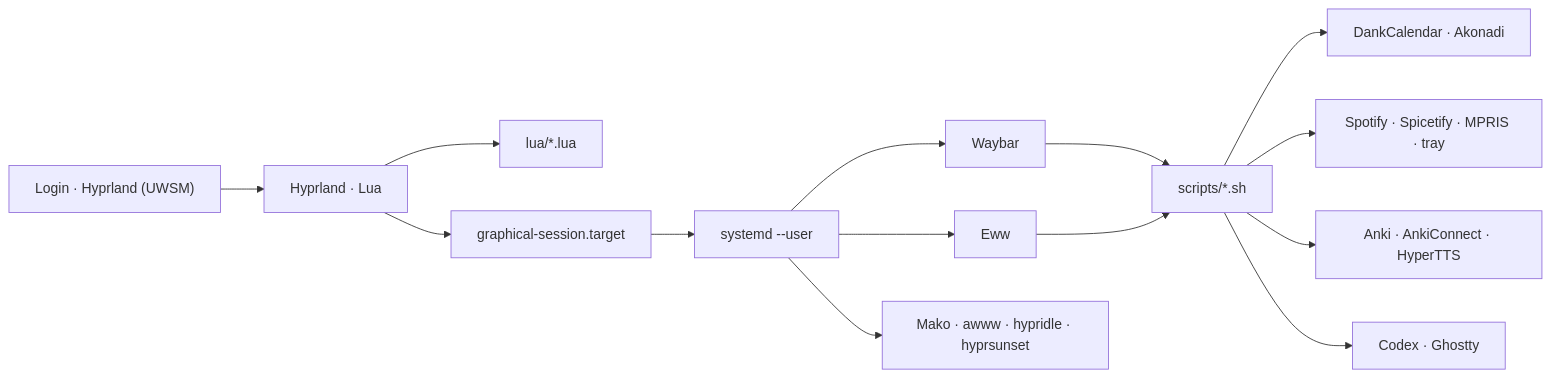
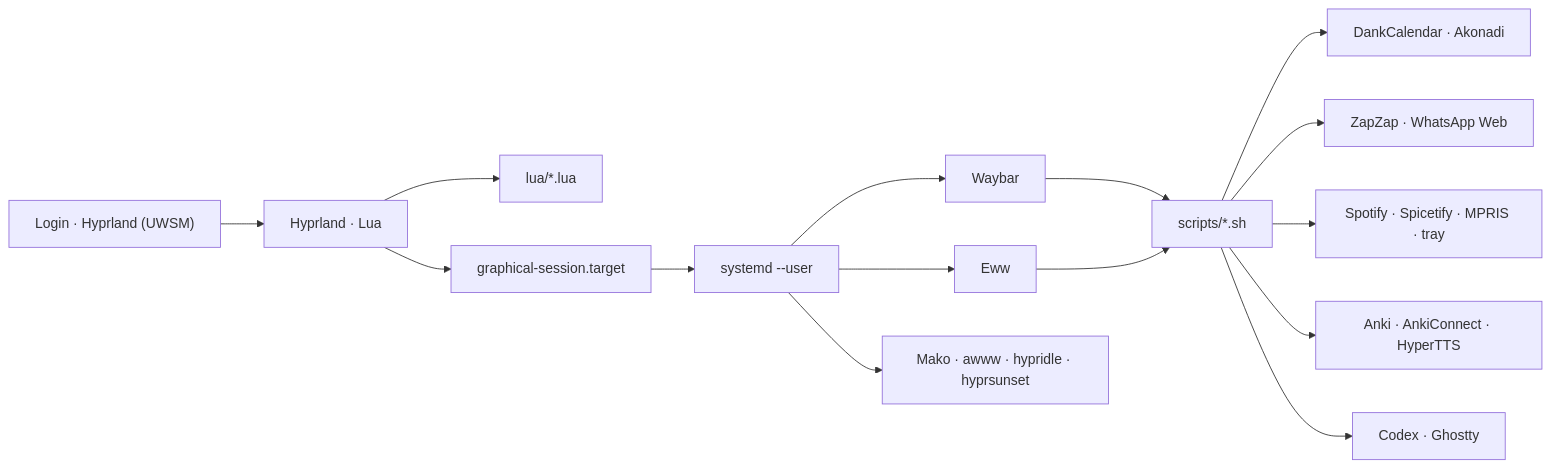
One commit to thbertoldi/hypr-configs changed the diagram in README.md. Above: the diagram before and after it, drawn with Mermaid. The commit also changed other lines of this file and 30 other files, not shown here.

````diff
--- a/README.md
+++ b/README.md
@@ -57,16 +52,17 @@
 ```mermaid
 flowchart LR
     Login["Login · Hyprland (UWSM)"] --> Hypr["Hyprland · Lua"]
     Hypr --> Config["lua/*.lua"]
     Hypr --> Session["graphical-session.target"]
     Session --> Services["systemd --user"]
     Services --> Bar["Waybar"]
     Services --> Dash["Eww"]
     Services --> Desktop["Mako · awww · hypridle · hyprsunset"]
     Bar --> Scripts["scripts/*.sh"]
     Dash --> Scripts
     Scripts --> Calendar["DankCalendar · Akonadi"]
+    Scripts --> Messages["ZapZap · WhatsApp Web"]
     Scripts --> Music["Spotify · Spicetify · MPRIS · tray"]
     Scripts --> Study["Anki · AnkiConnect · HyperTTS"]
     Scripts --> Agents["Codex · Ghostty"]
 ```
````
